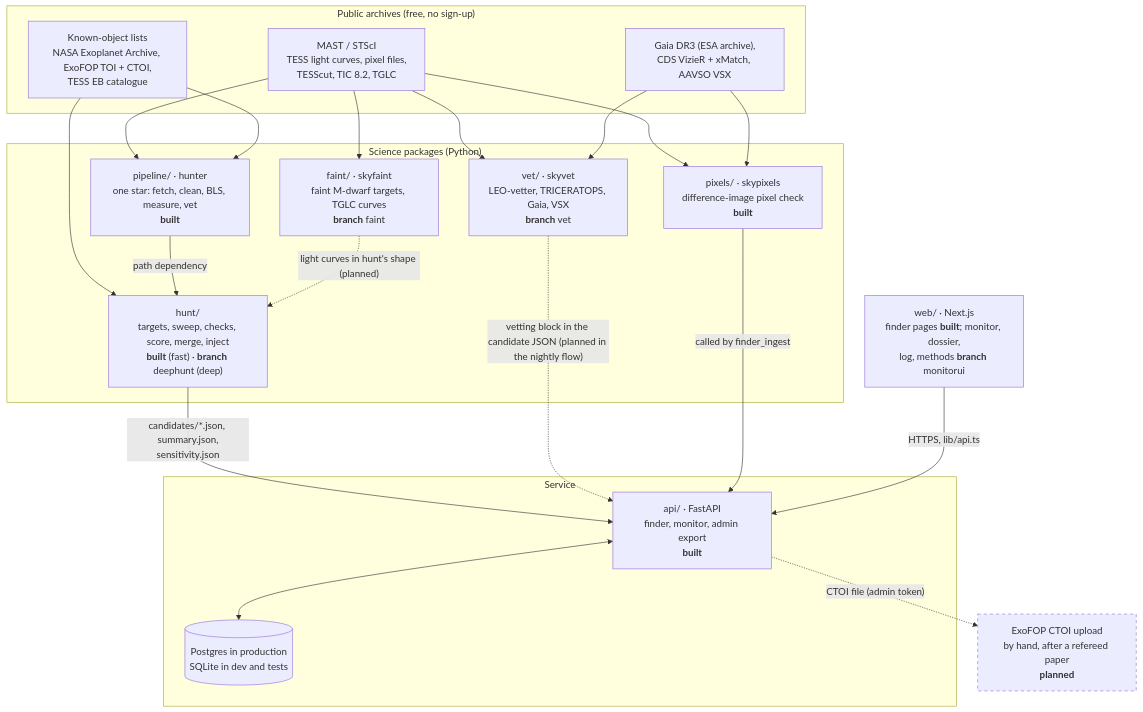
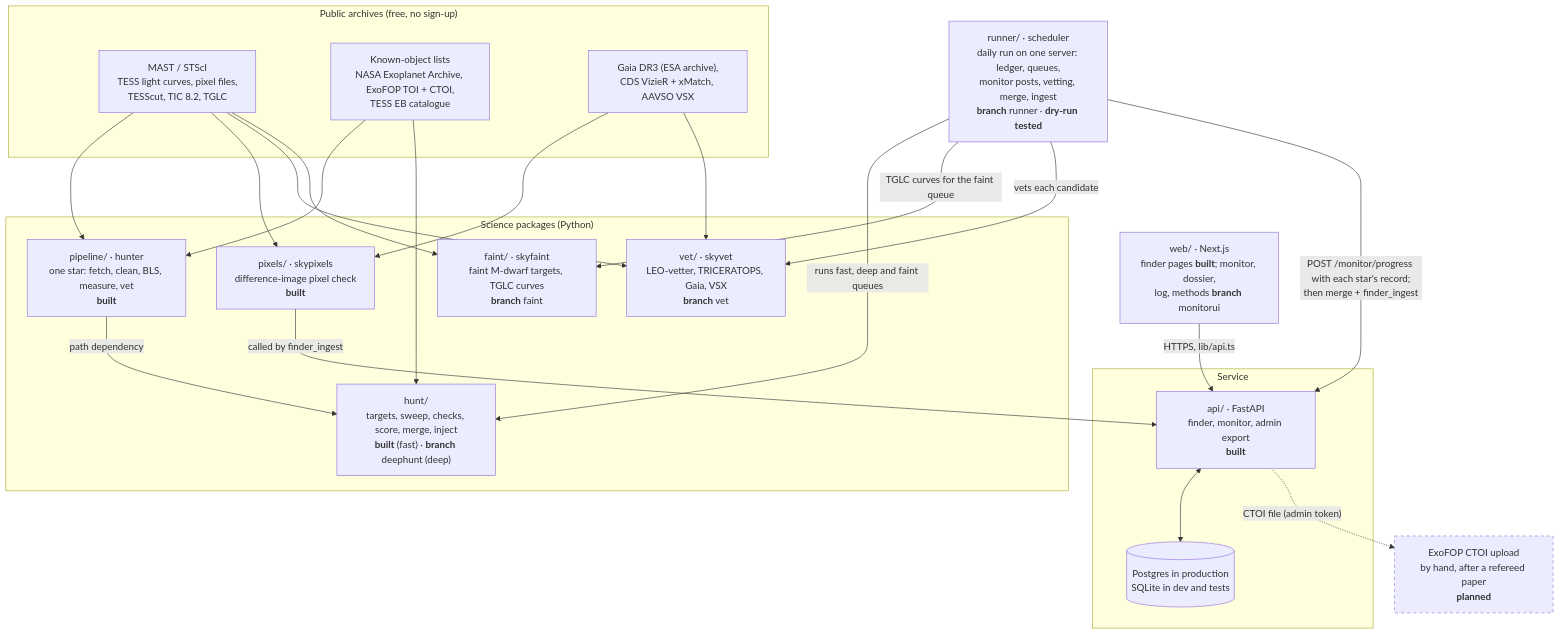
The first of 6 diagrams in docs/architecture/ARCHITECTURE.md (anastasiadisfoivos-hub/planet-hunter), drawn with Mermaid before and after one commit. The commit also changed other lines of this file and 1 other file, not shown here.

First line of the commit message:
[DOCS] Nightly flow and status now match origin/runner

````diff
--- a/docs/architecture/ARCHITECTURE.md
+++ b/docs/architecture/ARCHITECTURE.md
@@ -27,44 +29,47 @@
 ```mermaid
 flowchart TB
     subgraph ext["Public archives (free, no sign-up)"]
         MAST["MAST / STScI<br/>TESS light curves, pixel files,<br/>TESScut, TIC 8.2, TGLC"]
         LISTS["Known-object lists<br/>NASA Exoplanet Archive, ExoFOP TOI + CTOI,<br/>TESS EB catalogue"]
         GAIA["Gaia DR3 (ESA archive),<br/>CDS VizieR + xMatch, AAVSO VSX"]
     end
 
     subgraph sci["Science packages (Python)"]
         PIPE["pipeline/ · hunter<br/>one star: fetch, clean, BLS, measure, vet<br/><b>built</b>"]
         HUNT["hunt/<br/>targets, sweep, checks, score, merge, inject<br/><b>built</b> (fast) · <b>branch</b> deephunt (deep)"]
         PIX["pixels/ · skypixels<br/>difference-image pixel check<br/><b>built</b>"]
         VET["vet/ · skyvet<br/>LEO-vetter, TRICERATOPS, Gaia, VSX<br/><b>branch</b> vet"]
         FAINT["faint/ · skyfaint<br/>faint M-dwarf targets, TGLC curves<br/><b>branch</b> faint"]
     end
+
+    RUN["runner/ · scheduler<br/>daily run on one server: ledger, queues,<br/>monitor posts, vetting, merge, ingest<br/><b>branch</b> runner · <b>dry-run tested</b>"]
 
     subgraph svc["Service"]
         API["api/ · FastAPI<br/>finder, monitor, admin export<br/><b>built</b>"]
         DB[("Postgres in production<br/>SQLite in dev and tests")]
     end
 
     WEB["web/ · Next.js<br/>finder pages <b>built</b>; monitor, dossier,<br/>log, methods <b>branch</b> monitorui"]
     EXO["ExoFOP CTOI upload<br/>by hand, after a refereed paper<br/><b>planned</b>"]
 
     MAST --> PIPE
     MAST --> PIX
     MAST --> VET
     MAST --> FAINT
     LISTS --> PIPE
     LISTS --> HUNT
     GAIA --> PIX
     GAIA --> VET
     PIPE -->|path dependency| HUNT
-    FAINT -. "light curves in hunt's shape (planned)" .-> HUNT
-    HUNT -->|"candidates/*.json, summary.json,<br/>sensitivity.json"| API
-    VET -. "vetting block in the candidate JSON (planned in the nightly flow)" .-> API
+    RUN -->|"runs fast, deep and faint queues"| HUNT
+    RUN -->|"TGLC curves for the faint queue"| FAINT
+    RUN -->|"vets each candidate"| VET
+    RUN -->|"POST /monitor/progress with each star's record;<br/>then merge + finder_ingest"| API
     PIX -->|"called by finder_ingest"| API
     API <--> DB
     WEB -->|"HTTPS, lib/api.ts"| API
     API -. "CTOI file (admin token)" .-> EXO
 
     classDef planned stroke-dasharray: 5 5
     class EXO planned
 ```
````
